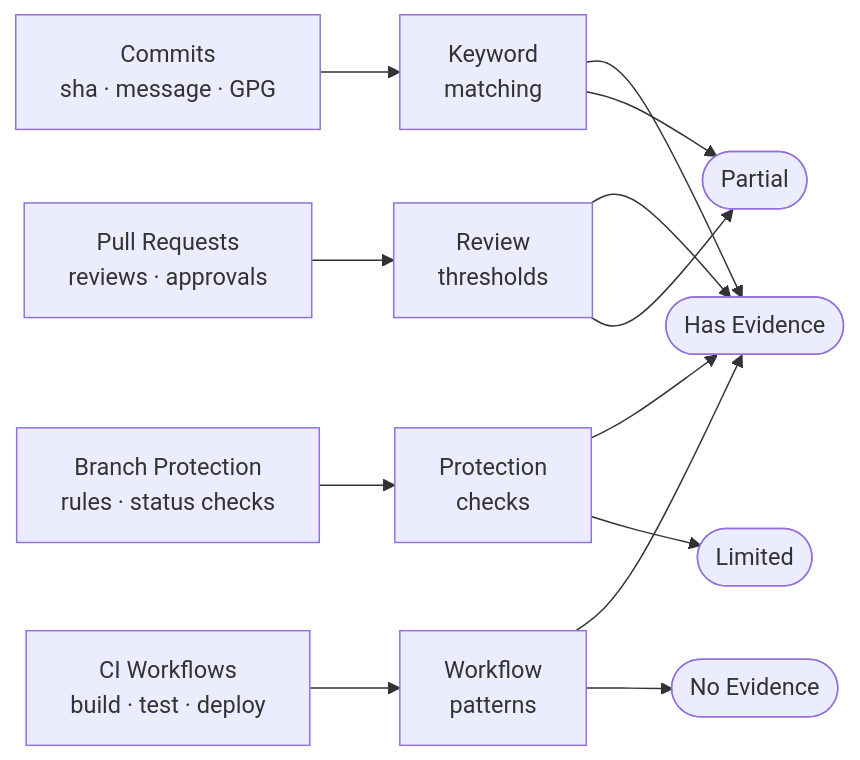
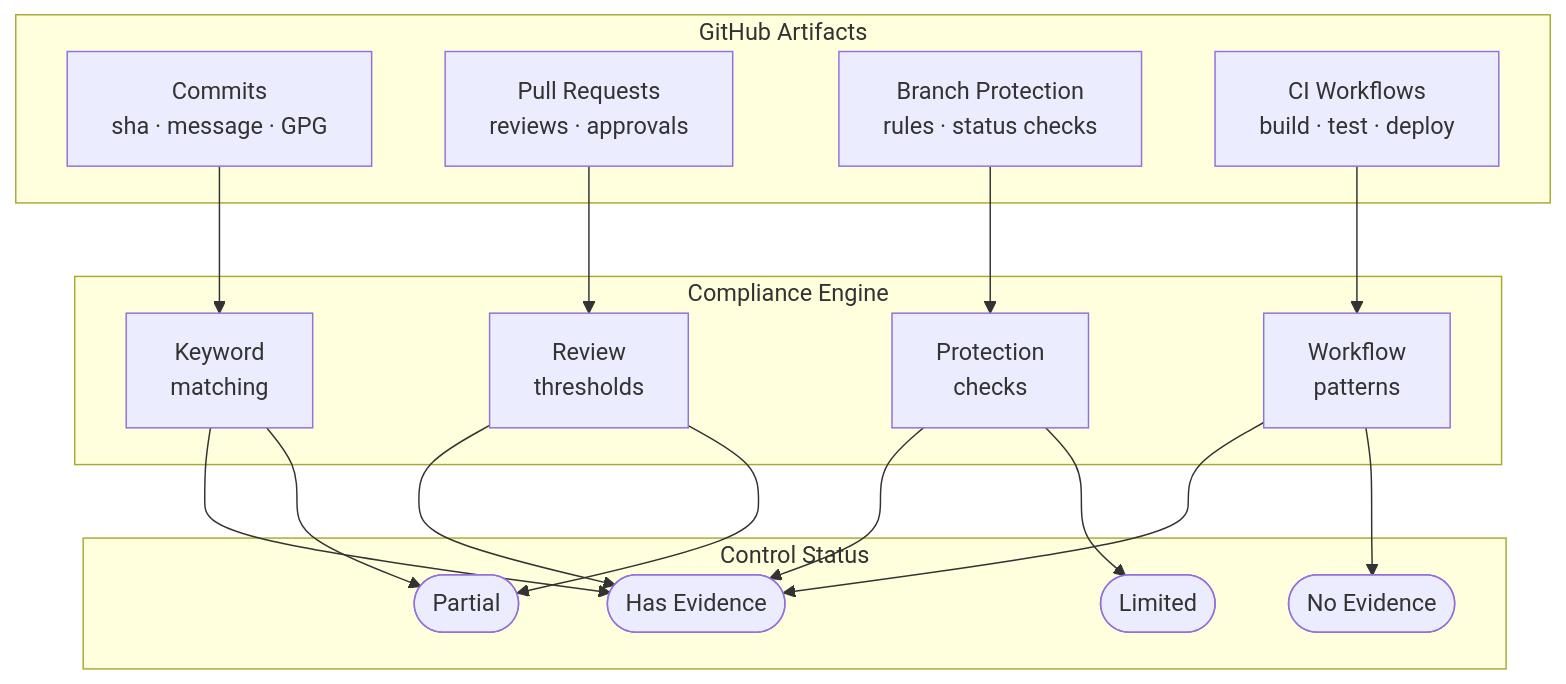
One commit to JohnJohnW/audittrail-dev changed the tenth of 16 diagrams in README.md. Above: the diagram before and after it, drawn with Mermaid. The commit also changed other lines of this file, not shown here.

Commit message:
fix: correct three mermaid diagram rendering issues in README
- Data Flywheel: switch flowchart LR → TD to fix layout collapse caused
  by the circular back-edge (PCT & CR → Orgs); also split the Flywheel
  subgraph's intermediate nodes out of a now-unnecessary inner subgraph
  so the TD flow reads top-down cleanly

- Subscription Lifecycle: remove `direction LR` from stateDiagram-v2;
  the LR override caused node/label misalignment on the aliased states
  ("Checkout Pending", "Past Due") — default TD renders them correctly

- Evidence Mapping: switch flowchart LR → TD and wrap the three layers
  in named subgraphs (Sources / Compliance Engine / Control Status);
  TD removes the diagonal fan-in crossings that appeared in LR when
  RC/BP2/WF all drew lines up to the HE node at the top of the column

````diff
--- a/README.md
+++ b/README.md
@@ -453,31 +451,37 @@
 ```mermaid
-flowchart LR
-    C["Commits\nsha · message · GPG"]
-    PR["Pull Requests\nreviews · approvals"]
-    BP["Branch Protection\nrules · status checks"]
-    CI["CI Workflows\nbuild · test · deploy"]
+flowchart TD
+    subgraph Sources["GitHub Artifacts"]
+        C["Commits\nsha · message · GPG"]
+        PR["Pull Requests\nreviews · approvals"]
+        BP["Branch Protection\nrules · status checks"]
+        CI["CI Workflows\nbuild · test · deploy"]
+    end
 
-    KW["Keyword\nmatching"]
-    RC["Review\nthresholds"]
-    BP2["Protection\nchecks"]
-    WF["Workflow\npatterns"]
+    subgraph Engine["Compliance Engine"]
+        KW["Keyword\nmatching"]
+        RC["Review\nthresholds"]
+        BP2["Protection\nchecks"]
+        WF["Workflow\npatterns"]
+    end
 
-    HE(["Has Evidence"])
-    PA(["Partial"])
-    LI(["Limited"])
-    NE(["No Evidence"])
+    subgraph Outcomes["Control Status"]
+        HE(["Has Evidence"])
+        PA(["Partial"])
+        LI(["Limited"])
+        NE(["No Evidence"])
+    end
 
     C  --> KW
     PR --> RC
     BP --> BP2
     CI --> WF
 
     KW  --> HE
     KW  --> PA
     RC  --> HE
     RC  --> PA
     BP2 --> HE
     BP2 --> LI
     WF  --> HE
     WF  --> NE
 ```
````
